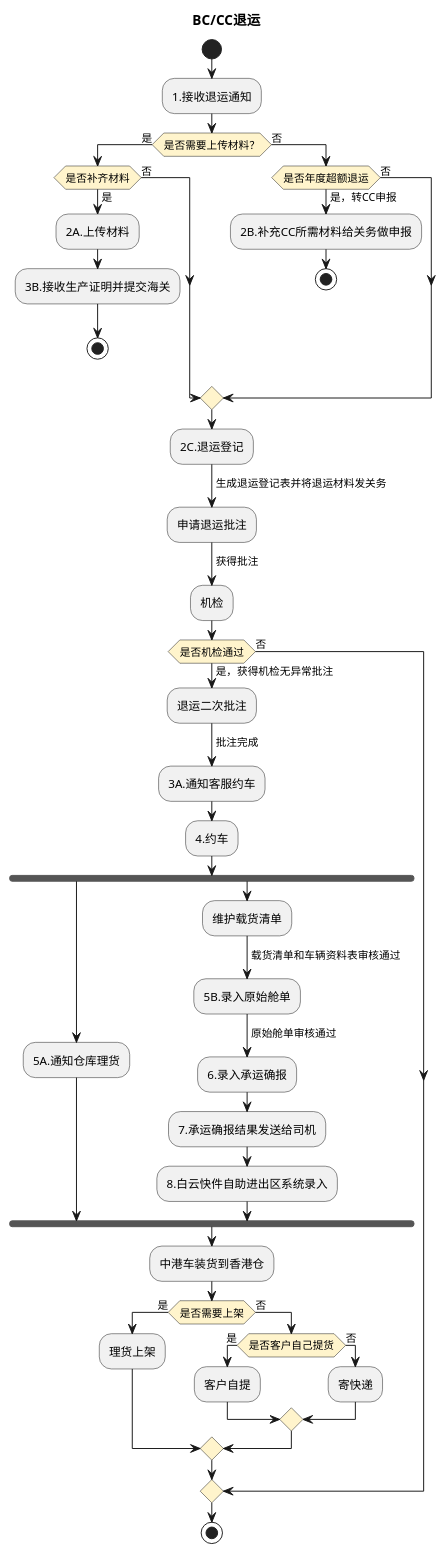
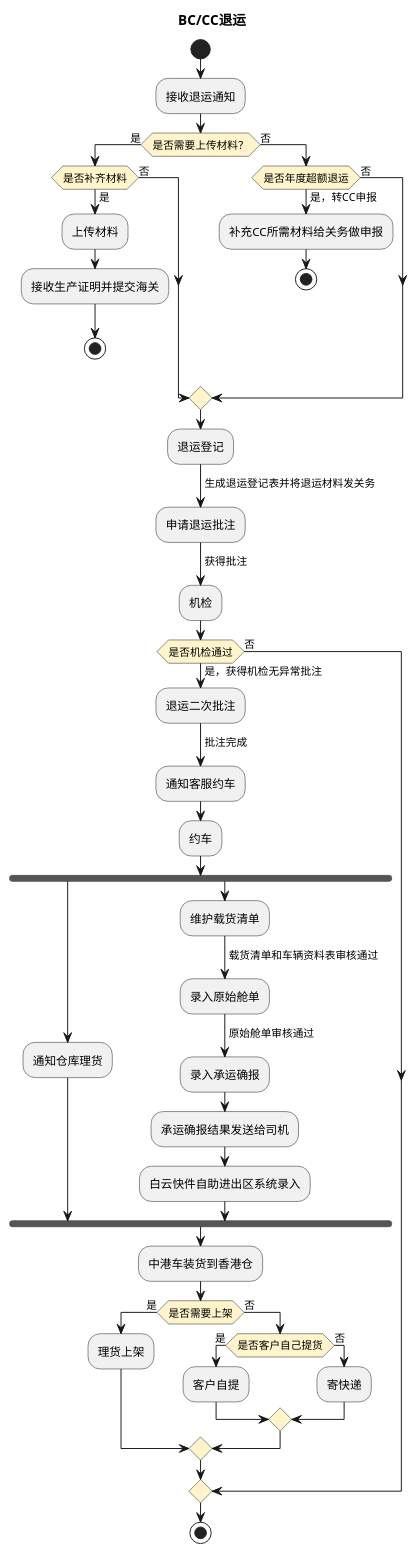
Before and after one commit to jack888332/projects-doc: the fifth of 6 diagrams in product-caliber/goldjet/segmented-prd/mainflow/PRD.高捷物流系统一期.主流程.05.跨境电商BC、个人物品CC进口详细流程.md, drawn with PlantUML. The commit also changed other lines of this file and 24 other files, not shown here.

````diff
--- a/product-caliber/goldjet/segmented-prd/mainflow/PRD.高捷物流系统一期.主流程.05.跨境电商BC、个人物品CC进口详细流程.md
+++ b/product-caliber/goldjet/segmented-prd/mainflow/PRD.高捷物流系统一期.主流程.05.跨境电商BC、个人物品CC进口详细流程.md
@@ -185,56 +185,56 @@
 ```plantuml
 @startuml
 skinparam activityDiamondBackgroundColor #FFF4CC
 title BC/CC退运
 start
-:1.接收退运通知;
+:接收退运通知;
 if (是否需要上传材料？) then (是)
   if (是否补齐材料) then (是)
-    :2A.上传材料;
-    :3B.接收生产证明并提交海关;
+    :上传材料;
+    :接收生产证明并提交海关;
     stop
   else (否)
   endif
 else (否)
   if (是否年度超额退运) then (是，转CC申报)
-    :2B.补充CC所需材料给关务做申报;
+    :补充CC所需材料给关务做申报;
     stop
   else (否)
   endif
 endif
-:2C.退运登记;
+:退运登记;
 -> 生成退运登记表并将退运材料发关务;
 :申请退运批注;
 -> 获得批注;
 :机检;
 if (是否机检通过) then (是，获得机检无异常批注)
   :退运二次批注;
   -> 批注完成;
-  :3A.通知客服约车;
-  :4.约车;
+  :通知客服约车;
+  :约车;
   fork
-    :5A.通知仓库理货;
+    :通知仓库理货;
   fork again
     :维护载货清单;
     -> 载货清单和车辆资料表审核通过;
-    :5B.录入原始舱单;
+    :录入原始舱单;
     -> 原始舱单审核通过;
-    :6.录入承运确报;
-    :7.承运确报结果发送给司机;
-    :8.白云快件自助进出区系统录入;
+    :录入承运确报;
+    :承运确报结果发送给司机;
+    :白云快件自助进出区系统录入;
   end fork
   :中港车装货到香港仓;
   if (是否需要上架) then (是)
     :理货上架;
   else (否)
     if (是否客户自己提货) then (是)
       :客户自提;
     else (否)
       :寄快递;
     endif
   endif
 else (否)
 endif
 stop
 @enduml
 ```
````
